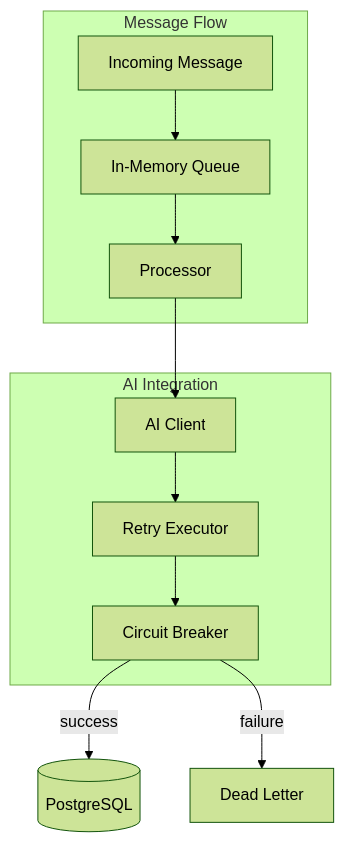
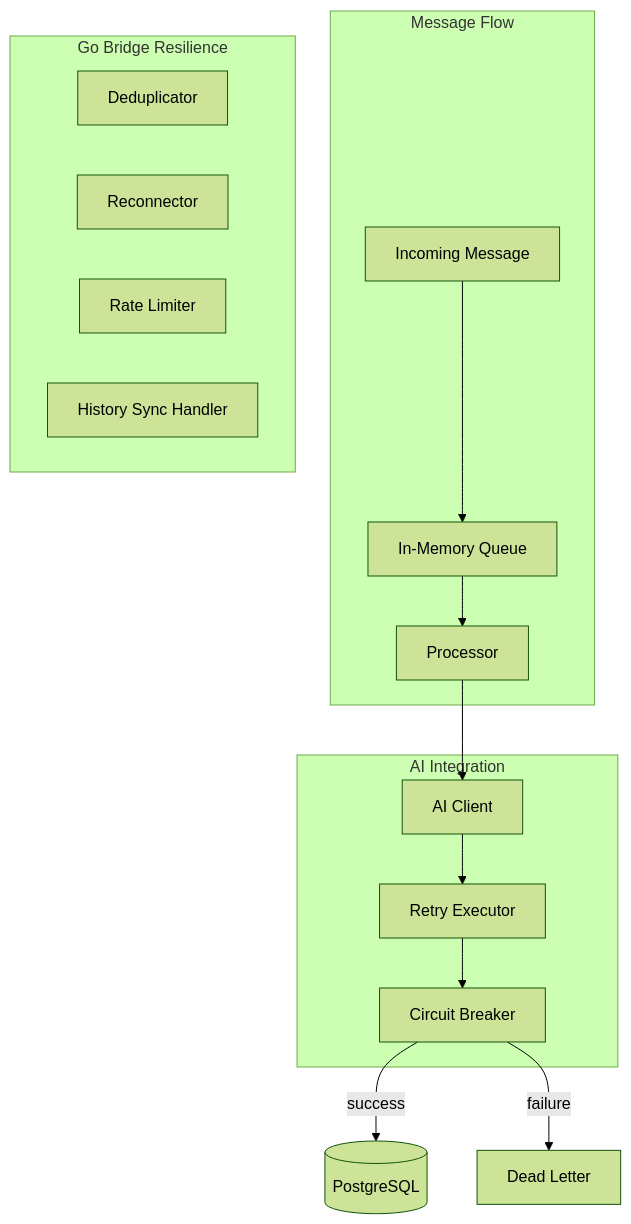
One commit to sabryio/pharma-broker changed the first of 2 diagrams in docs/phases/02-reliability.md. Above: the diagram before and after it, drawn with Mermaid (forest theme). The commit also changed other lines of this file and 15 other files, not shown here.

````diff
--- a/docs/phases/02-reliability.md
+++ b/docs/phases/02-reliability.md
@@ -9,22 +9,29 @@
 ```mermaid
 graph TB
     subgraph "Message Flow"
         MSG[Incoming Message]
         Q[In-Memory Queue]
         PROC[Processor]
     end
 
     subgraph "AI Integration"
         AI[AI Client]
         RETRY[Retry Executor]
         CB[Circuit Breaker]
     end
 
+    subgraph "Go Bridge Resilience"
+        DEDUP[Deduplicator]
+        RECON[Reconnector]
+        RATE[Rate Limiter]
+        HIST[History Sync Handler]
+    end
+
     MSG --> Q
     Q --> PROC
     PROC --> AI
     AI --> RETRY
     RETRY --> CB
     CB -->|success| DB[(PostgreSQL)]
     CB -->|failure| DLQ[Dead Letter]
 ```
````
